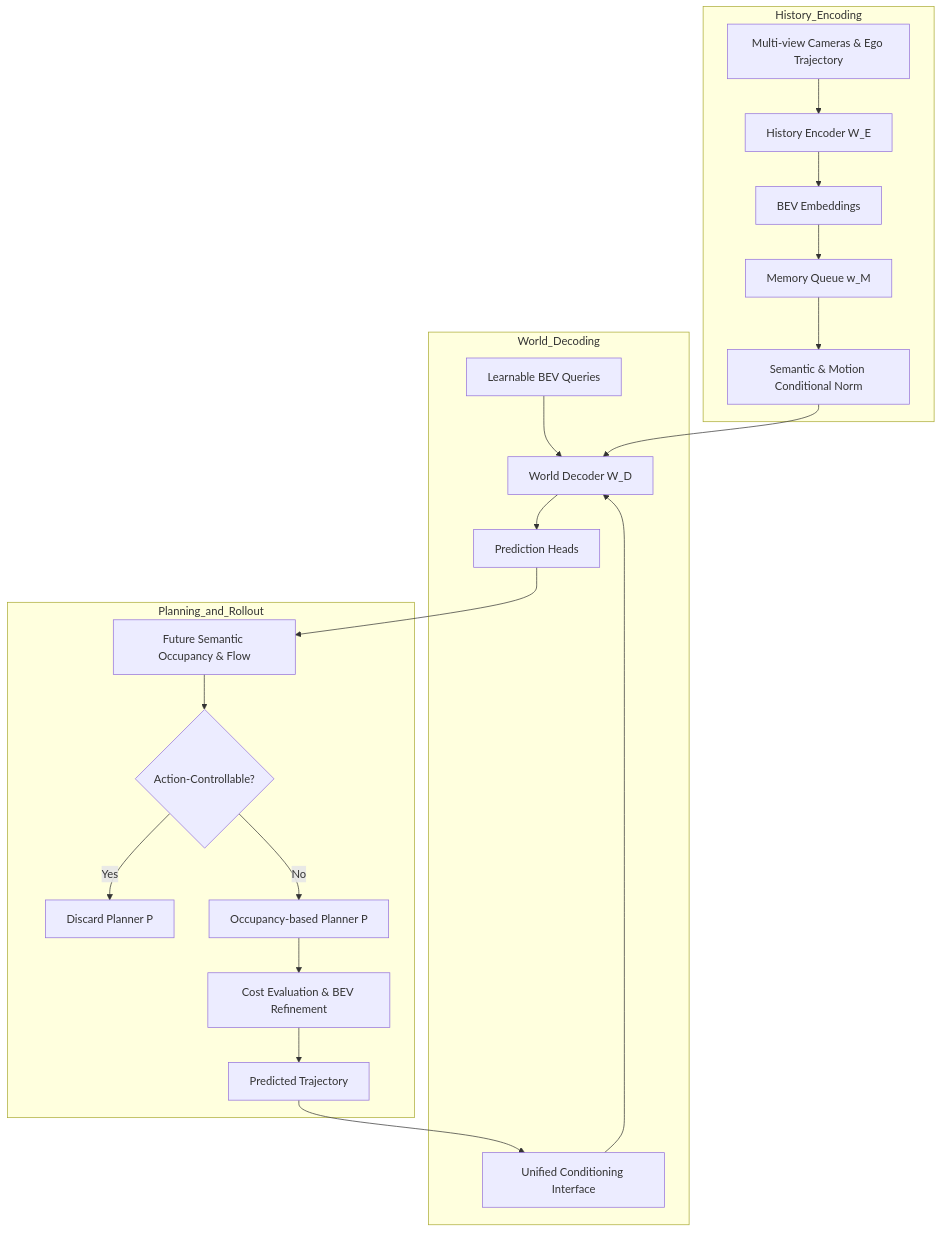
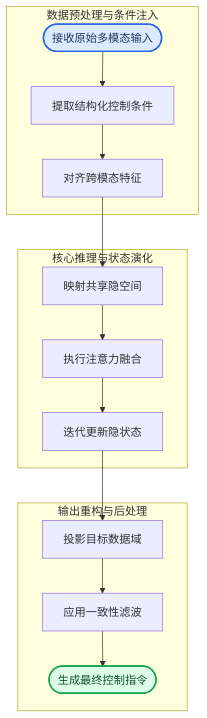
Before and after one commit to ShinewineW/paper-rolling: the third of 10 diagrams in person_vault/2026-06-12_DrivingInTheOccupancyWorldVisionCentric4_2408.14197/report.md, drawn with Mermaid. The commit also changed other lines of this file and 300 other files, not shown here.

````diff
--- a/person_vault/2026-06-12_DrivingInTheOccupancyWorldVisionCentric4_2408.14197/report.md
+++ b/person_vault/2026-06-12_DrivingInTheOccupancyWorldVisionCentric4_2408.14197/report.md
@@ -584,29 +129,33 @@
 ```mermaid
 flowchart TB
-    subgraph History_Encoding
-        A["Multi-view Cameras & Ego Trajectory"] --> B["History Encoder W_E"]
-        B --> C["BEV Embeddings"]
-        C --> D["Memory Queue w_M"]
-        D --> E["Semantic & Motion Conditional Norm"]
+    subgraph data_prep ["数据预处理与条件注入"]
+        raw_input(["接收原始多模态输入"])
+        cond_extract["提取结构化控制条件"]
+        norm_align["对齐跨模态特征"]
+    end
+    subgraph core_engine ["核心推理与状态演化"]
+        latent_map["映射共享隐空间"]
+        attn_fusion["执行注意力融合"]
+        step_update["迭代更新隐状态"]
+    end
+    subgraph output_gen ["输出重构与后处理"]
+        decode_proj["投影目标数据域"]
+        refine_filter["应用一致性滤波"]
+        final_out(["生成最终控制指令"])
     end
 
-    subgraph World_Decoding
-        F["Learnable BEV Queries"] --> G["World Decoder W_D"]
-        E --> G
-        H["Unified Conditioning Interface"] --> G
-        G --> I["Prediction Heads"]
-    end
+    raw_input --> cond_extract
+    cond_extract --> norm_align
+    norm_align --> latent_map
+    latent_map --> attn_fusion
+    attn_fusion --> step_update
+    step_update --> decode_proj
+    decode_proj --> refine_filter
+    refine_filter --> final_out
 
-    subgraph Planning_and_Rollout
-        I --> J["Future Semantic Occupancy & Flow"]
-        J --> K{Action-Controllable?}
-        K -- Yes --> L["Discard Planner P"]
-        K -- No --> M["Occupancy-based Planner P"]
-        M --> N["Cost Evaluation & BEV Refinement"]
-        N --> O["Predicted Trajectory"]
-        O --> H
-    end
-
-    class A required
-    class J,L,O output
+    classDef required fill:#dbeafe,stroke:#2563eb,stroke-width:2px,color:#1e3a5f
+    classDef output fill:#dcfce7,stroke:#16a34a,stroke-width:2px,color:#14532d
+    classDef optional fill:#fef9c3,stroke:#ca8a04,stroke-width:2px,color:#713f12
+    class raw_input required
+    class final_out output
 ```
````
